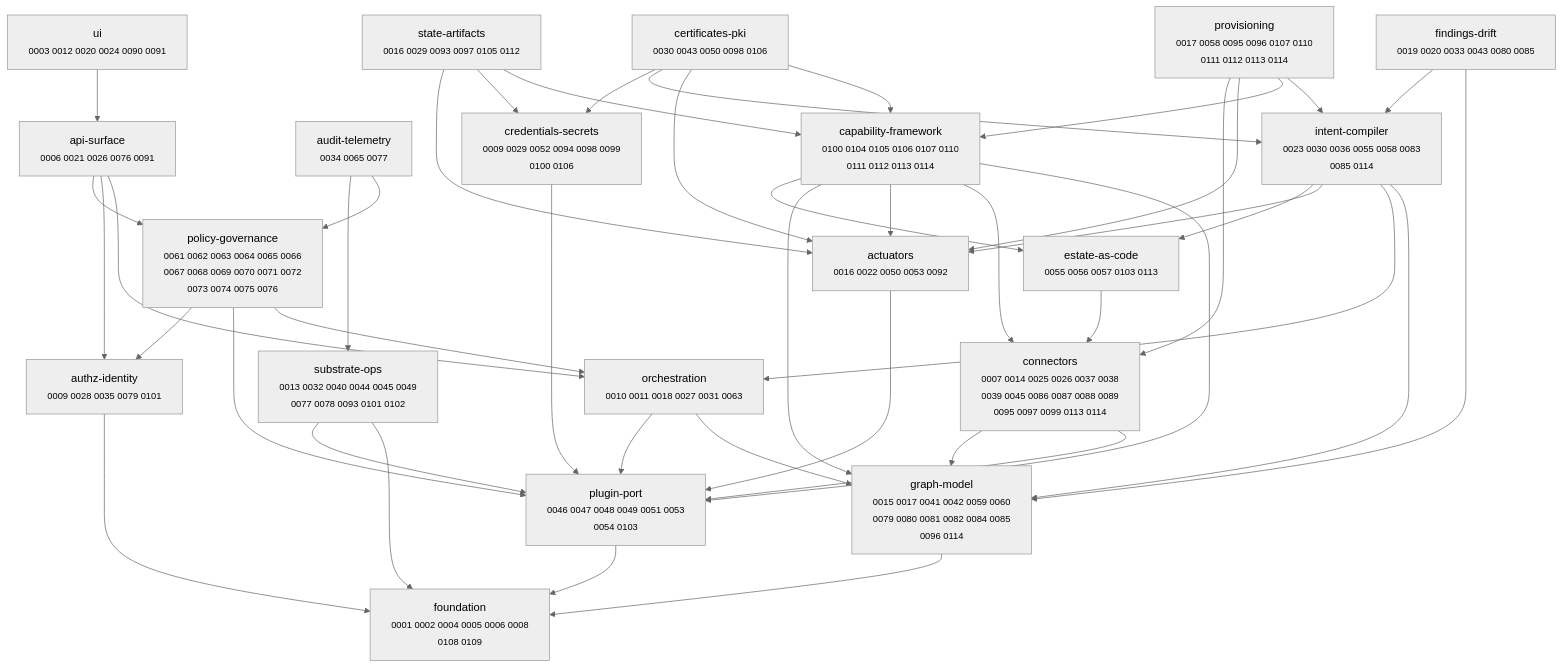
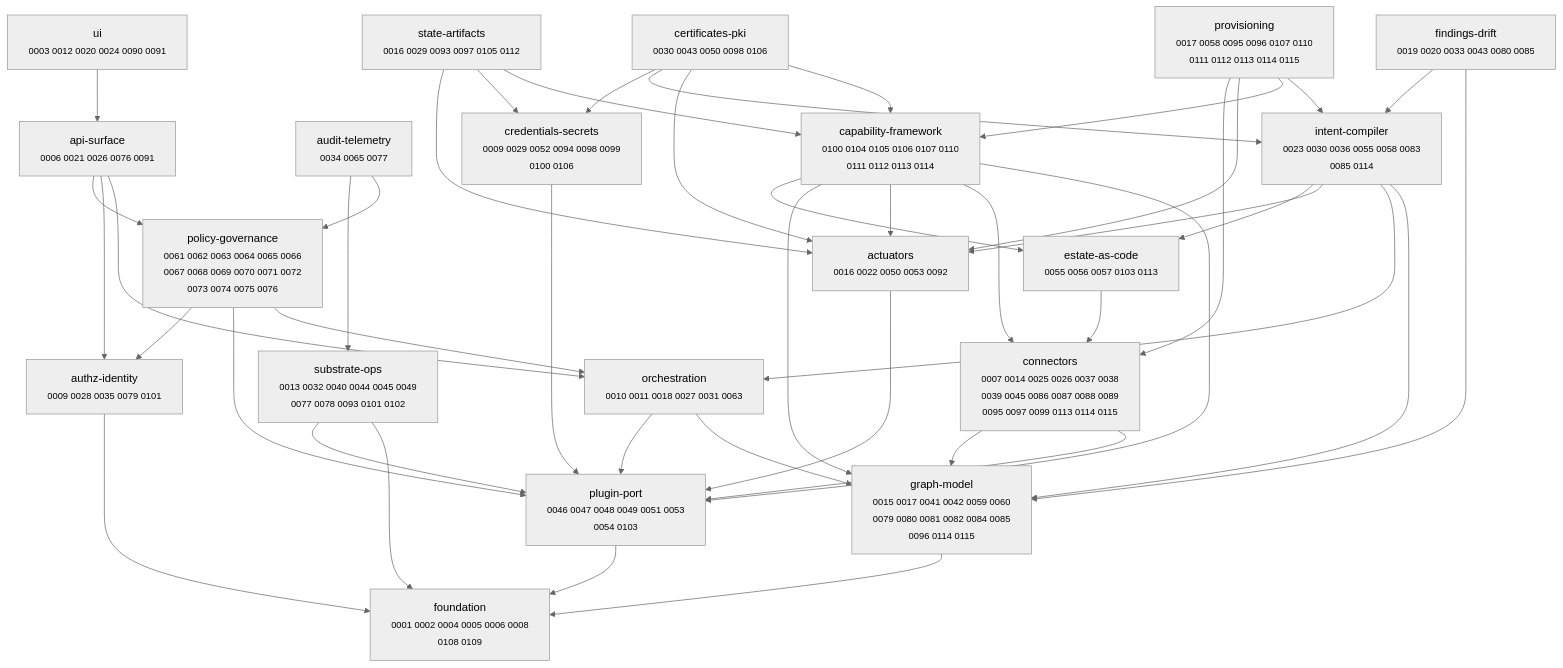
Before and after one commit to dstout-devops/stratt: the diagram in docs/adr/MAP.md, drawn with Mermaid (neutral theme). The commit also changed other lines of this file and 2 other files, not shown here.

````diff
--- a/docs/adr/MAP.md
+++ b/docs/adr/MAP.md
@@ -11,67 +11,67 @@
 ```mermaid
 graph TD
   actuators["actuators<br/><small>0016 0022 0050 0053 0092</small>"]
   api_surface["api-surface<br/><small>0006 0021 0026 0076 0091</small>"]
   audit_telemetry["audit-telemetry<br/><small>0034 0065 0077</small>"]
   authz_identity["authz-identity<br/><small>0009 0028 0035 0079 0101</small>"]
   capability_framework["capability-framework<br/><small>0100 0104 0105 0106 0107 0110<br/>0111 0112 0113 0114</small>"]
   certificates_pki["certificates-pki<br/><small>0030 0043 0050 0098 0106</small>"]
-  connectors["connectors<br/><small>0007 0014 0025 0026 0037 0038<br/>0039 0045 0086 0087 0088 0089<br/>0095 0097 0099 0113 0114</small>"]
+  connectors["connectors<br/><small>0007 0014 0025 0026 0037 0038<br/>0039 0045 0086 0087 0088 0089<br/>0095 0097 0099 0113 0114 0115</small>"]
   credentials_secrets["credentials-secrets<br/><small>0009 0029 0052 0094 0098 0099<br/>0100 0106</small>"]
   estate_as_code["estate-as-code<br/><small>0055 0056 0057 0103 0113</small>"]
   findings_drift["findings-drift<br/><small>0019 0020 0033 0043 0080 0085</small>"]
   foundation["foundation<br/><small>0001 0002 0004 0005 0006 0008<br/>0108 0109</small>"]
-  graph_model["graph-model<br/><small>0015 0017 0041 0042 0059 0060<br/>0079 0080 0081 0082 0084 0085<br/>0096 0114</small>"]
+  graph_model["graph-model<br/><small>0015 0017 0041 0042 0059 0060<br/>0079 0080 0081 0082 0084 0085<br/>0096 0114 0115</small>"]
   intent_compiler["intent-compiler<br/><small>0023 0030 0036 0055 0058 0083<br/>0085 0114</small>"]
   orchestration["orchestration<br/><small>0010 0011 0018 0027 0031 0063</small>"]
   plugin_port["plugin-port<br/><small>0046 0047 0048 0049 0051 0053<br/>0054 0103</small>"]
   policy_governance["policy-governance<br/><small>0061 0062 0063 0064 0065 0066<br/>0067 0068 0069 0070 0071 0072<br/>0073 0074 0075 0076</small>"]
-  provisioning["provisioning<br/><small>0017 0058 0095 0096 0107 0110<br/>0111 0112 0113 0114</small>"]
+  provisioning["provisioning<br/><small>0017 0058 0095 0096 0107 0110<br/>0111 0112 0113 0114 0115</small>"]
   state_artifacts["state-artifacts<br/><small>0016 0029 0093 0097 0105 0112</small>"]
   substrate_ops["substrate-ops<br/><small>0013 0032 0040 0044 0045 0049<br/>0077 0078 0093 0101 0102</small>"]
   ui["ui<br/><small>0003 0012 0020 0024 0090 0091</small>"]
 
   actuators --> plugin_port
   api_surface --> orchestration
   api_surface --> authz_identity
   api_surface --> policy_governance
   audit_telemetry --> policy_governance
   audit_telemetry --> substrate_ops
   authz_identity --> foundation
   capability_framework --> plugin_port
   capability_framework --> connectors
   capability_framework --> actuators
   capability_framework --> graph_model
   capability_framework --> estate_as_code
   certificates_pki --> capability_framework
   certificates_pki --> actuators
   certificates_pki --> intent_compiler
   certificates_pki --> credentials_secrets
   connectors --> plugin_port
   connectors --> graph_model
   credentials_secrets --> plugin_port
   estate_as_code --> connectors
   findings_drift --> graph_model
   findings_drift --> intent_compiler
   graph_model --> foundation
   intent_compiler --> graph_model
   intent_compiler --> orchestration
   intent_compiler --> actuators
   intent_compiler --> estate_as_code
   orchestration --> graph_model
   orchestration --> plugin_port
   plugin_port --> foundation
   policy_governance --> orchestration
   policy_governance --> plugin_port
   policy_governance --> authz_identity
   provisioning --> intent_compiler
   provisioning --> capability_framework
   provisioning --> actuators
   provisioning --> connectors
   state_artifacts --> capability_framework
   state_artifacts --> credentials_secrets
   state_artifacts --> actuators
   substrate_ops --> foundation
   substrate_ops --> plugin_port
   ui --> api_surface
 ```
````
